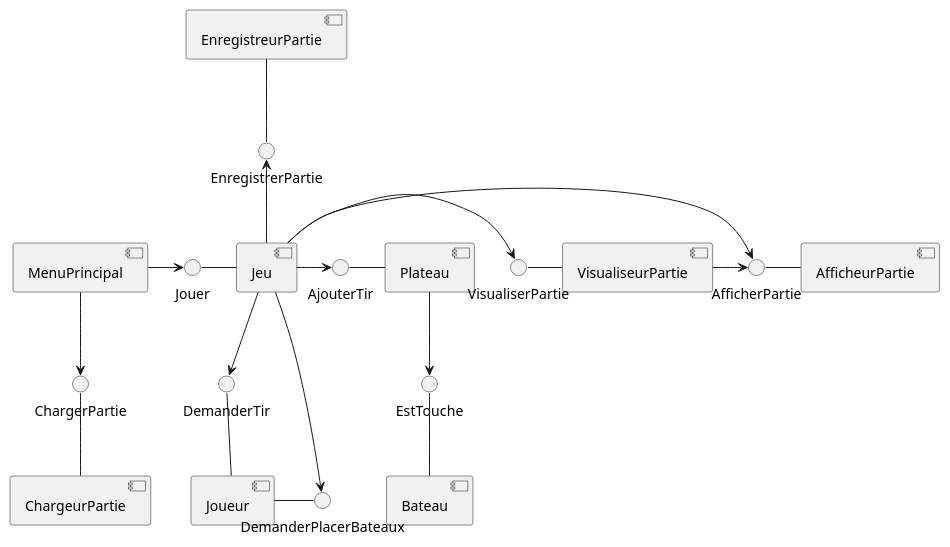
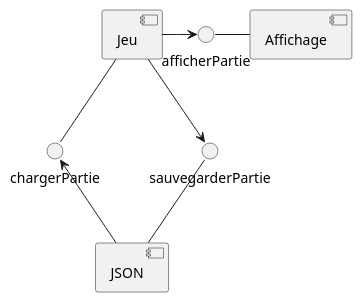
The diagram in diagrammes_conception/diagramme_composants.puml (Patroklos99/5153_TP2-Battleship-AI-Pattern-Conception_Engineering2), drawn with PlantUML before and after one commit. The commit also changed 1 other file, not shown here.

Commit message:
modif du diagramme de composantes

```diff
--- a/diagrammes_conception/diagramme_composants.puml
+++ b/diagrammes_conception/diagramme_composants.puml
@@ -1,42 +1,16 @@
 @startuml
-
-[Joueur]
-
-[Plateau]
-
-[Bateau]
 
 [Jeu]
 
-[EnregistreurPartie]
+[JSON]
 
-[ChargeurPartie]
+[Affichage]
 
-[AfficheurPartie]
-
-[VisualiseurPartie]
-
-[MenuPrincipal]
-
-AjouterTir - [Plateau]
-[Jeu] -> AjouterTir
-EstTouche -- [Bateau]
-[Plateau] --> EstTouche
-DemanderTir -- [Joueur]
-DemanderPlacerBateaux -left- [Joueur]
-Jeu --> DemanderPlacerBateaux
-Jeu -down-> DemanderTir
-
-[EnregistreurPartie] -- EnregistrerPartie
-EnregistrerPartie <-- [Jeu]
-[ChargeurPartie] -up- ChargerPartie
-[MenuPrincipal] --> ChargerPartie
-[AfficheurPartie] -left- AfficherPartie
-Jeu -> AfficherPartie
-[VisualiseurPartie] -left- VisualiserPartie
-[VisualiseurPartie] -> AfficherPartie
-[Jeu] -> VisualiserPartie
-[Jeu] -left- Jouer
-[MenuPrincipal] -> Jouer
+[Jeu] -> afficherPartie
+afficherPartie - [Affichage]
+[Jeu] --> sauvegarderPartie
+sauvegarderPartie -- [JSON]
+[JSON] -up-> chargerPartie
+chargerPartie -up- [Jeu]
 
 @enduml
```
